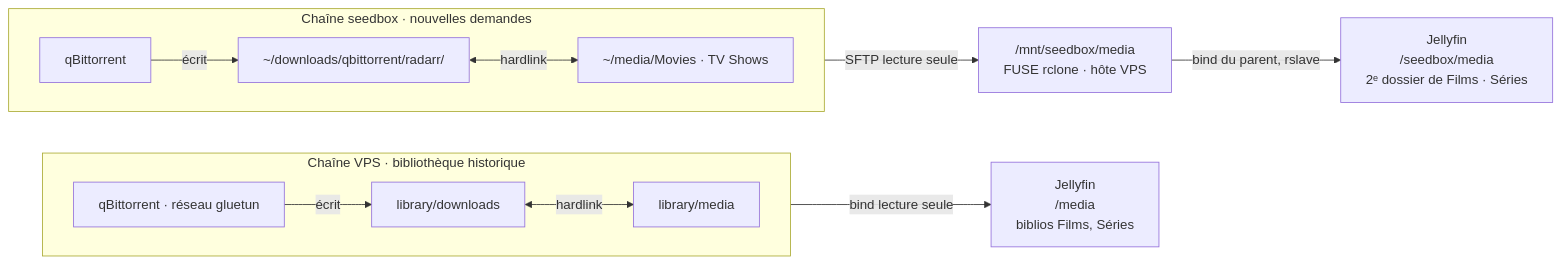
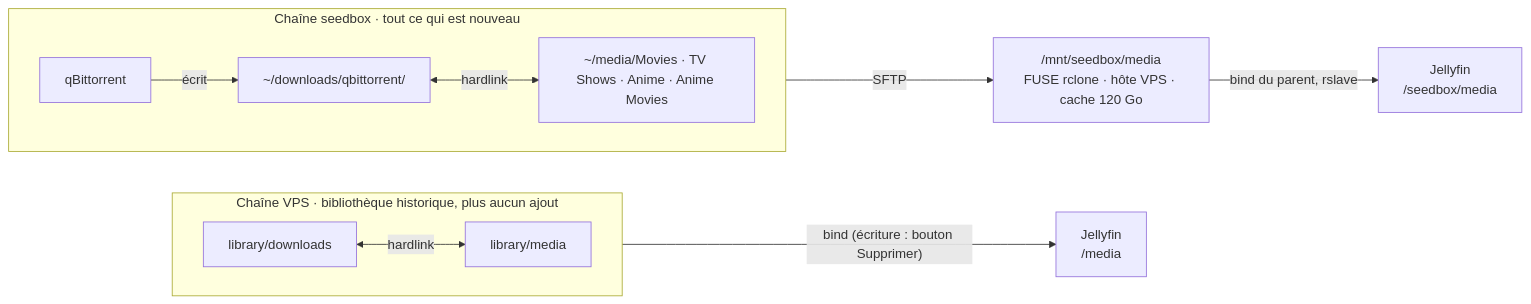
One commit to HaradasCYB/groscailloux-homelab changed the third of 3 diagrams in docs/INFRA.md. Above: the diagram before and after it, drawn with Mermaid. The commit also changed other lines of this file and 5 other files, not shown here.

First line of the commit message:
docs: infrastructure, deploy, architecture and README brought to the 25/09 state; admin onboarding procedure

````diff
--- a/docs/INFRA.md
+++ b/docs/INFRA.md
@@ -132,17 +140,16 @@
 ```mermaid
 flowchart LR
-  subgraph S[Chaîne seedbox · nouvelles demandes]
+  subgraph S[Chaîne seedbox · tout ce qui est nouveau]
     direction LR
-    sq[qBittorrent] -- écrit --> sd["~/downloads/qbittorrent/radarr/"]
-    sd <-- hardlink --> sm["~/media/Movies · TV Shows"]
+    sq[qBittorrent] -- écrit --> sd["~/downloads/qbittorrent/"]
+    sd <-- hardlink --> sm["~/media/Movies · TV Shows · Anime · Anime Movies"]
   end
-  sm -- SFTP lecture seule --> mnt["/mnt/seedbox/media<br/>FUSE rclone · hôte VPS"]
-  mnt -- bind du parent, rslave --> jfs["Jellyfin<br/>/seedbox/media<br/>2ᵉ dossier de Films · Séries"]
+  sm -- SFTP --> mnt["/mnt/seedbox/media<br/>FUSE rclone · hôte VPS · cache 120 Go"]
+  mnt -- bind du parent, rslave --> jfs["Jellyfin<br/>/seedbox/media"]
 
-  subgraph V[Chaîne VPS · bibliothèque historique]
+  subgraph V[Chaîne VPS · bibliothèque historique, plus aucun ajout]
     direction LR
-    vq[qBittorrent · réseau gluetun] -- écrit --> vd["library/downloads"]
-    vd <-- hardlink --> vm["library/media"]
+    vd["library/downloads"] <-- hardlink --> vm["library/media"]
   end
-  vm -- bind lecture seule --> jfv["Jellyfin<br/>/media<br/>biblios Films, Séries"]
+  vm -- bind (écriture : bouton Supprimer) --> jfv["Jellyfin<br/>/media"]
 ```
````
